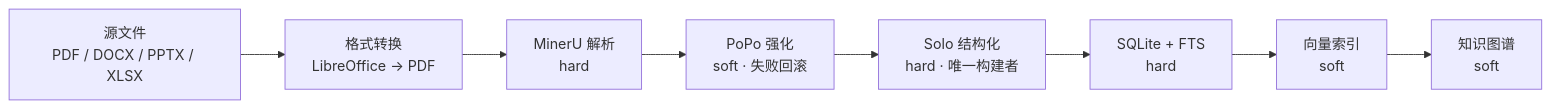
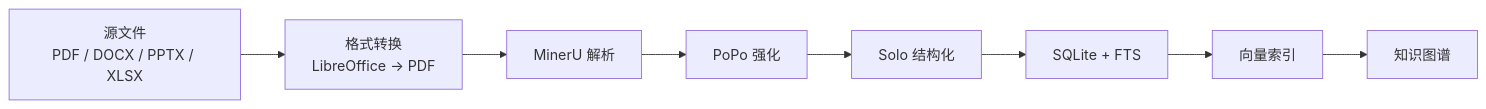
Before and after one commit to 0mao0/AnGIneer: the first of 3 diagrams in README.md, drawn with Mermaid. The commit also changed other lines of this file and 4 other files, not shown here.

First line of the commit message:
docs(readme): 重排并补产品/对比截图——新增 app-qa-chat.png / app-axis-design.gif / app-report-writing.gif / admin-evals.png 四图，引用 OmniDocBench·朴素 RAG·FinanceBench 三张对比图

````diff
--- a/README.md
+++ b/README.md
@@ -44,10 +55,10 @@
 ```mermaid
 flowchart LR
     SRC["源文件<br/>PDF / DOCX / PPTX / XLSX"] --> CV["格式转换<br/>LibreOffice → PDF"]
-    CV --> MU["MinerU 解析<br/>hard"]
-    MU --> PO["PoPo 强化<br/>soft · 失败回滚"]
-    PO --> SOLO["Solo 结构化<br/>hard · 唯一构建者"]
-    SOLO --> FTS["SQLite + FTS<br/>hard"]
-    FTS --> VEC["向量索引<br/>soft"]
-    VEC --> GR["知识图谱<br/>soft"]
+    CV --> MU["MinerU 解析"]
+    MU --> PO["PoPo 强化"]
+    PO --> SOLO["Solo 结构化"]
+    SOLO --> FTS["SQLite + FTS"]
+    FTS --> VEC["向量索引"]
+    VEC --> GR["知识图谱"]
 ```
````
